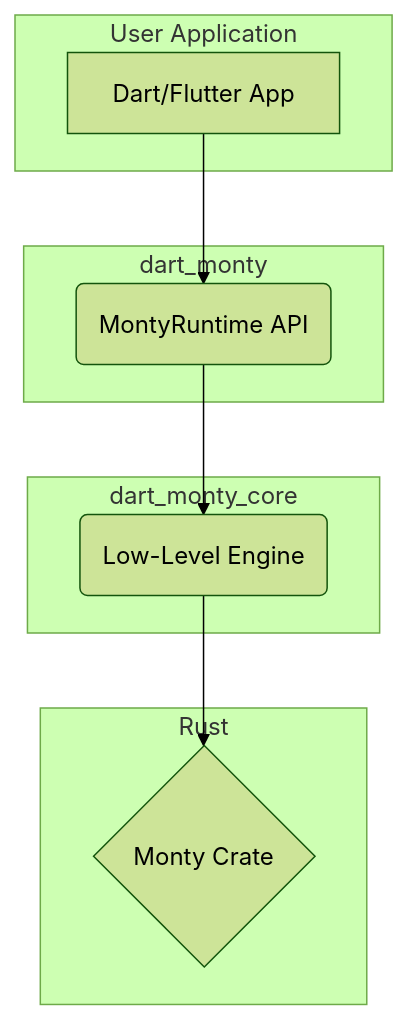
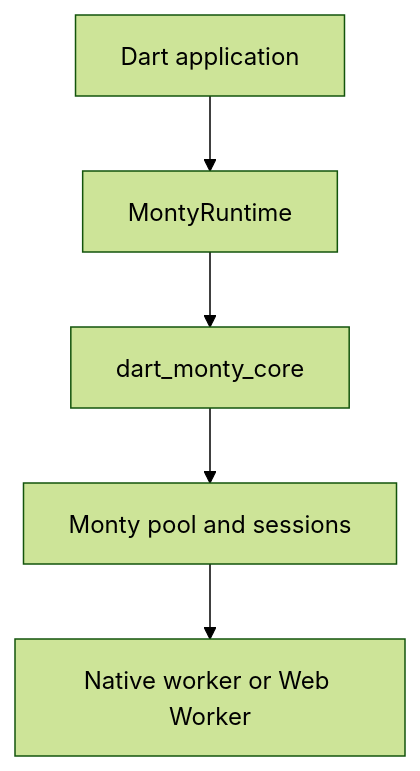
One commit to runyaga/dart_monty changed the first of 3 diagrams in docs/architecture/overview.md. Above: the diagram before and after it, drawn with Mermaid (forest theme). The commit also changed other lines of this file and 7 other files, not shown here.

First line of the commit message:
Fix stale architecture, internals and contributor docs (#503)

````diff
--- a/docs/architecture/overview.md
+++ b/docs/architecture/overview.md
@@ -19,22 +14,7 @@
 ```mermaid
 graph TD
-    subgraph User Application
-        A[Dart/Flutter App]
-    end
-
-    subgraph dart_monty
-        B(MontyRuntime API)
-    end
-
-    subgraph dart_monty_core
-        C(Low-Level Engine)
-    end
-
-    subgraph Rust
-        D{Monty Crate}
-    end
-
-    A --> B
-    B --> C
-    C --> D
+    A[Dart application] --> B[MontyRuntime]
+    B --> C[dart_monty_core]
+    C --> D[Monty pool and sessions]
+    D --> E[Native worker or Web Worker]
 ```
````
